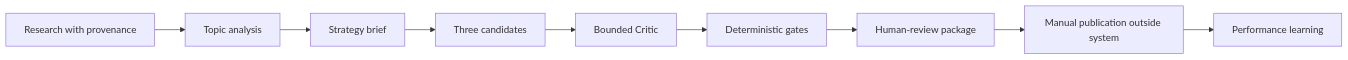
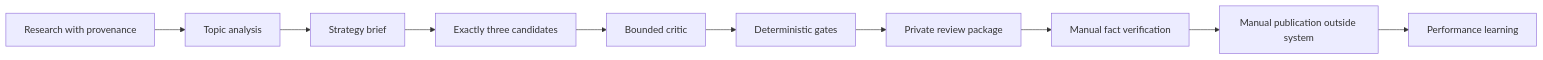
The diagram in README.md (Abhillashjadhav/Linkedin-research-posts), drawn with Mermaid before and after one commit. The commit also changed other lines of this file and 1 other file, not shown here.

First line of the commit message:
docs: expose the review package before installation

````diff
--- a/README.md
+++ b/README.md
@@ -37,11 +55,12 @@
 ```mermaid
 flowchart LR
     A[Research with provenance] --> B[Topic analysis]
     B --> C[Strategy brief]
-    C --> D[Three candidates]
-    D --> E[Bounded Critic]
+    C --> D[Exactly three candidates]
+    D --> E[Bounded critic]
     E --> F[Deterministic gates]
-    F --> G[Human-review package]
-    G --> H[Manual publication outside system]
-    H --> I[Performance learning]
+    F --> G[Private review package]
+    G --> H[Manual fact verification]
+    H --> I[Manual publication outside system]
+    I --> J[Performance learning]
 ```
````
